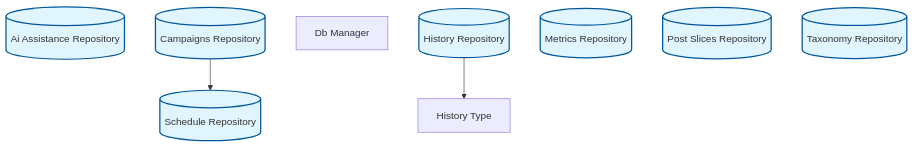
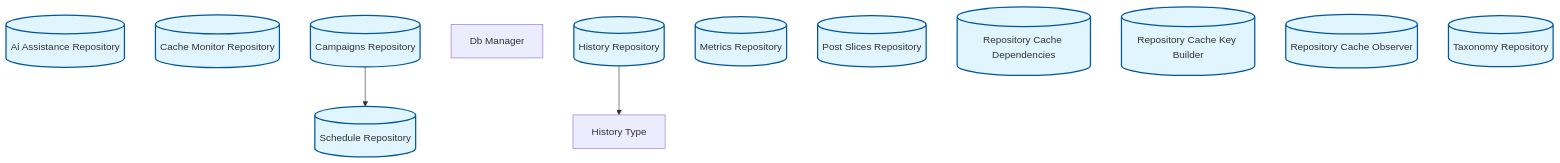
Diagram 15 of 19 in docs/feature-report.md (rpnunez/wp-ai-scheduler), drawn with Mermaid before and after one commit. The commit also changed other lines of this file and 1 other file, not shown here.

````diff
--- a/docs/feature-report.md
+++ b/docs/feature-report.md
@@ -807,22 +824,26 @@
 ```mermaid
 flowchart TD
     %% Database & Repositories Architecture
 
     AI_Assistance_Repository[("Ai Assistance Repository")]
+    Cache_Monitor_Repository[("Cache Monitor Repository")]
     Campaigns_Repository[("Campaigns Repository")]
     DB_Manager["Db Manager"]
     History_Repository[("History Repository")]
     History_Type["History Type"]
     Metrics_Repository[("Metrics Repository")]
     Post_Slices_Repository[("Post Slices Repository")]
+    Repository_Cache_Dependencies[("Repository Cache Dependencies")]
+    Repository_Cache_Key_Builder[("Repository Cache Key Builder")]
+    Repository_Cache_Observer[("Repository Cache Observer")]
     Schedule_Repository[("Schedule Repository")]
     Taxonomy_Repository[("Taxonomy Repository")]
 
     Campaigns_Repository --> Schedule_Repository
     History_Repository --> History_Type
 
     classDef repository fill:#e1f5ff,stroke:#01579b,stroke-width:2px
     classDef service fill:#fff3e0,stroke:#e65100,stroke-width:2px
     classDef controller fill:#f3e5f5,stroke:#4a148c,stroke-width:2px
-    class AI_Assistance_Repository,Campaigns_Repository,History_Repository,Metrics_Repository,Post_Slices_Repository,Schedule_Repository,Taxonomy_Repository repository
+    class AI_Assistance_Repository,Cache_Monitor_Repository,Campaigns_Repository,History_Repository,Metrics_Repository,Post_Slices_Repository,Repository_Cache_Dependencies,Repository_Cache_Key_Builder,Repository_Cache_Observer,Schedule_Repository,Taxonomy_Repository repository
 ```
````
